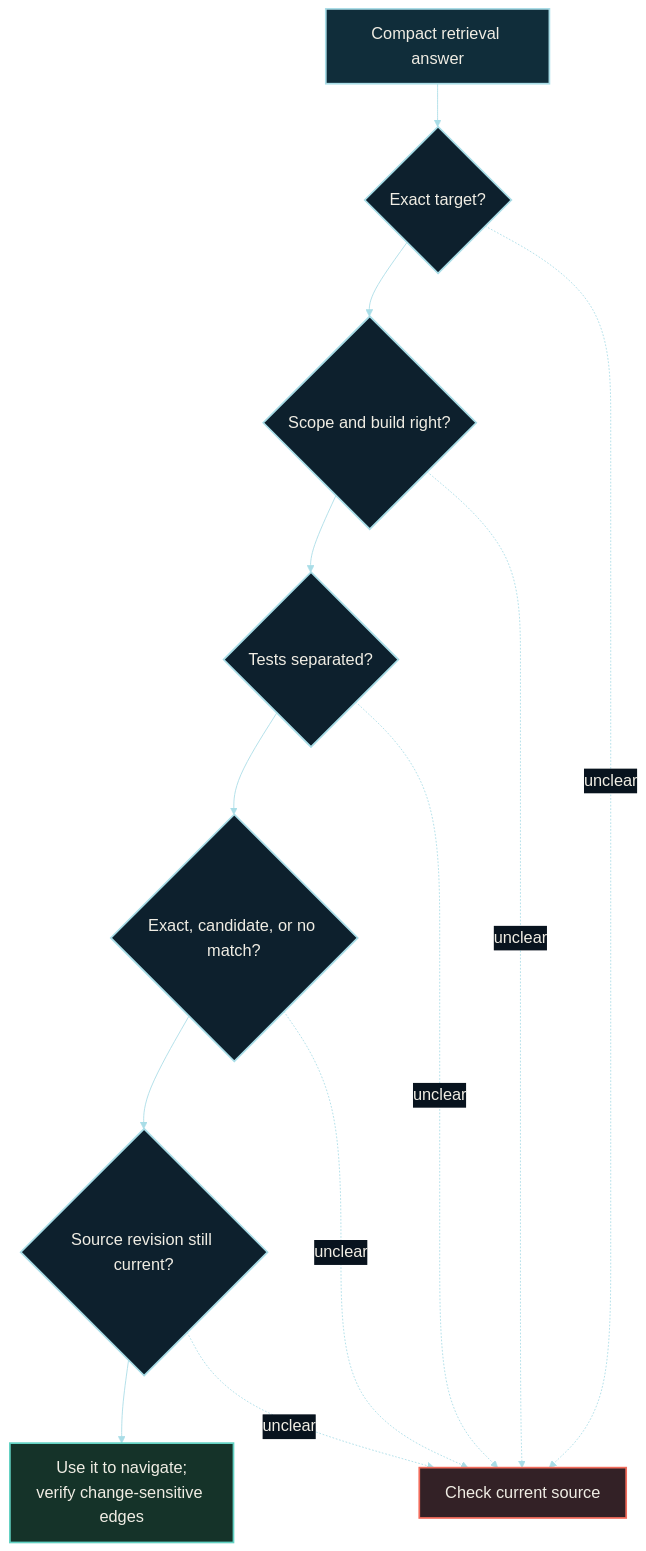
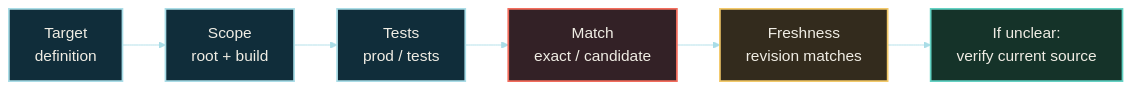
Before and after one commit to artemrudenko/code-graph-benchmark-v2: the diagram in assets/diagrams/retrieval-trust-checks-article-large-dark.mmd, drawn with Mermaid. The commit also changed 21 other files, not shown here.

Commit message:
docs: compact article evidence diagrams

```diff
--- a/assets/diagrams/retrieval-trust-checks-article-large-dark.mmd
+++ b/assets/diagrams/retrieval-trust-checks-article-large-dark.mmd
@@ -1,22 +1,8 @@
-%%{init: {"theme":"base","themeVariables":{"background":"#08131E","primaryColor":"#102D3A","primaryTextColor":"#F0EDE4","primaryBorderColor":"#A9DDE7","lineColor":"#A9DDE7","secondaryColor":"#213039","tertiaryColor":"#2A2530","edgeLabelBackground":"#08131E","fontFamily":"Arial","fontSize":"19px"}}}%%
-flowchart TB
-    A[Compact retrieval answer] --> B{Exact target?}
-    B --> C{Scope and build right?}
-    C --> D{Tests separated?}
-    D --> E{Exact, candidate, or no match?}
-    E --> F{Source revision still current?}
-    F --> G[Use it to navigate;<br/>verify change-sensitive edges]
-    B -. unclear .-> H[Check current source]
-    C -. unclear .-> H
-    D -. unclear .-> H
-    E -. unclear .-> H
-    F -. unclear .-> H
-
-    classDef answer fill:#102D3A,stroke:#A9DDE7,color:#F0EDE4,stroke-width:2px;
-    classDef check fill:#0D202D,stroke:#A9DDE7,color:#F0EDE4,stroke-width:2px;
-    classDef result fill:#153329,stroke:#62D2C3,color:#F0EDE4,stroke-width:2px;
-    classDef verify fill:#332126,stroke:#F26B5B,color:#F0EDE4,stroke-width:2px;
-    class A answer;
-    class B,C,D,E,F check;
-    class G result;
-    class H verify;
+%%{init: {"theme":"base","themeVariables":{"background":"#08131E","primaryColor":"#102D3A","primaryTextColor":"#F0EDE4","primaryBorderColor":"#A9DDE7","lineColor":"#A9DDE7","fontFamily":"Arial","fontSize":"18px"}}}%%
+flowchart LR
+  A[Target<br/>definition] --> B[Scope<br/>root + build] --> C[Tests<br/>prod / tests] --> D[Match<br/>exact / candidate] --> E[Freshness<br/>revision matches] --> F[If unclear:<br/>verify current source]
+  classDef check fill:#102D3A,stroke:#A9DDE7,color:#F0EDE4,stroke-width:2px;
+  classDef match fill:#332126,stroke:#F26B5B,color:#F0EDE4,stroke-width:2px;
+  classDef fresh fill:#332B1D,stroke:#F3C969,color:#F0EDE4,stroke-width:2px;
+  classDef action fill:#153329,stroke:#62D2C3,color:#F0EDE4,stroke-width:2px;
+  class A,B,C check; class D match; class E fresh; class F action;
```
